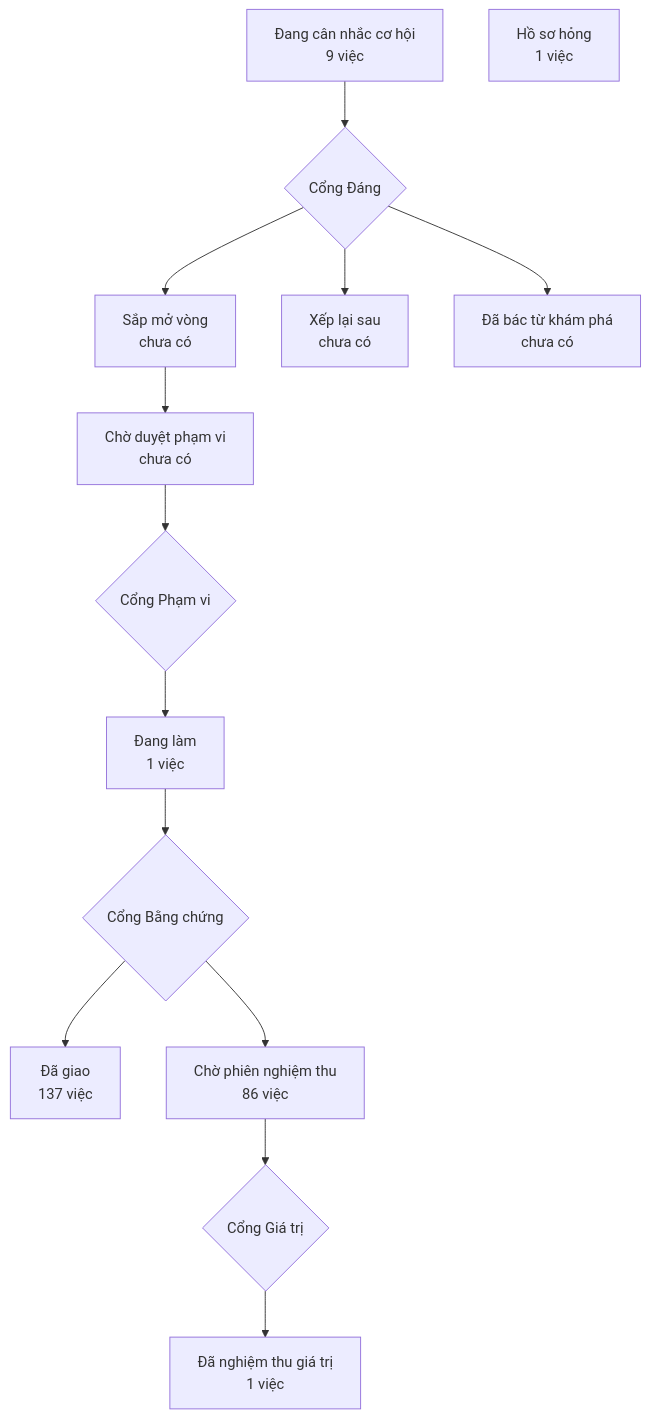
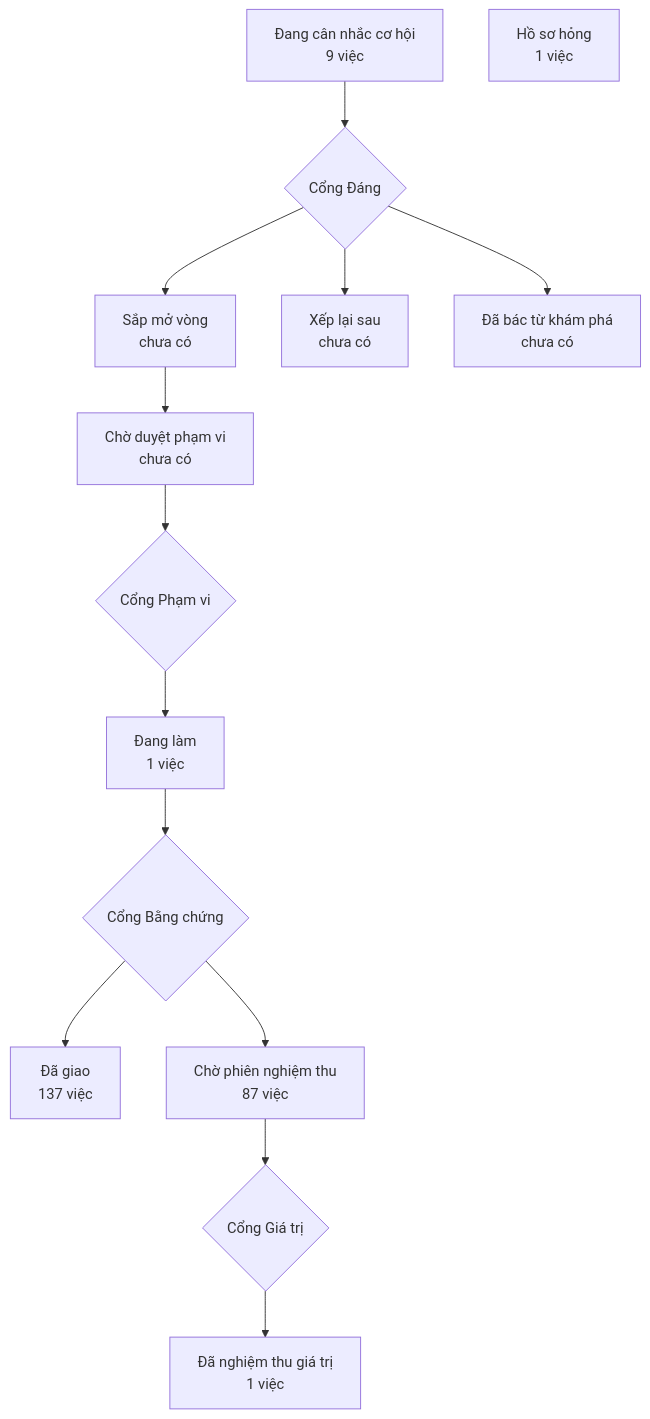
One commit to phanlemanh/crm-onehub changed the diagram in PRODUCT-MAP.md. Above: the diagram before and after it, drawn with Mermaid. The commit also changed 1 other file, not shown here.

Commit message:
chore: vẽ lại bản đồ sản phẩm sau gộp onehub b5301e7a (K3b)

````diff
--- a/PRODUCT-MAP.md
+++ b/PRODUCT-MAP.md
@@ -7,13 +7,13 @@
 ```mermaid
 flowchart TD
   A["Đang cân nhắc cơ hội<br/>9 việc"] --> GD{"Cổng Đáng"}
   GD --> B["Sắp mở vòng<br/>chưa có"]
   GD --> XL["Xếp lại sau<br/>chưa có"]
   GD --> DB["Đã bác từ khám phá<br/>chưa có"]
   B --> CD["Chờ duyệt phạm vi<br/>chưa có"] --> GP{"Cổng Phạm vi"}
   GP --> DL["Đang làm<br/>1 việc"] --> GB{"Cổng Bằng chứng"}
   GB --> DG["Đã giao<br/>137 việc"]
-  GB --> CN["Chờ phiên nghiệm thu<br/>86 việc"] --> GG{"Cổng Giá trị"}
+  GB --> CN["Chờ phiên nghiệm thu<br/>87 việc"] --> GG{"Cổng Giá trị"}
   GG --> NT["Đã nghiệm thu giá trị<br/>1 việc"]
   HS["Hồ sơ hỏng<br/>1 việc"]
 ```
````
